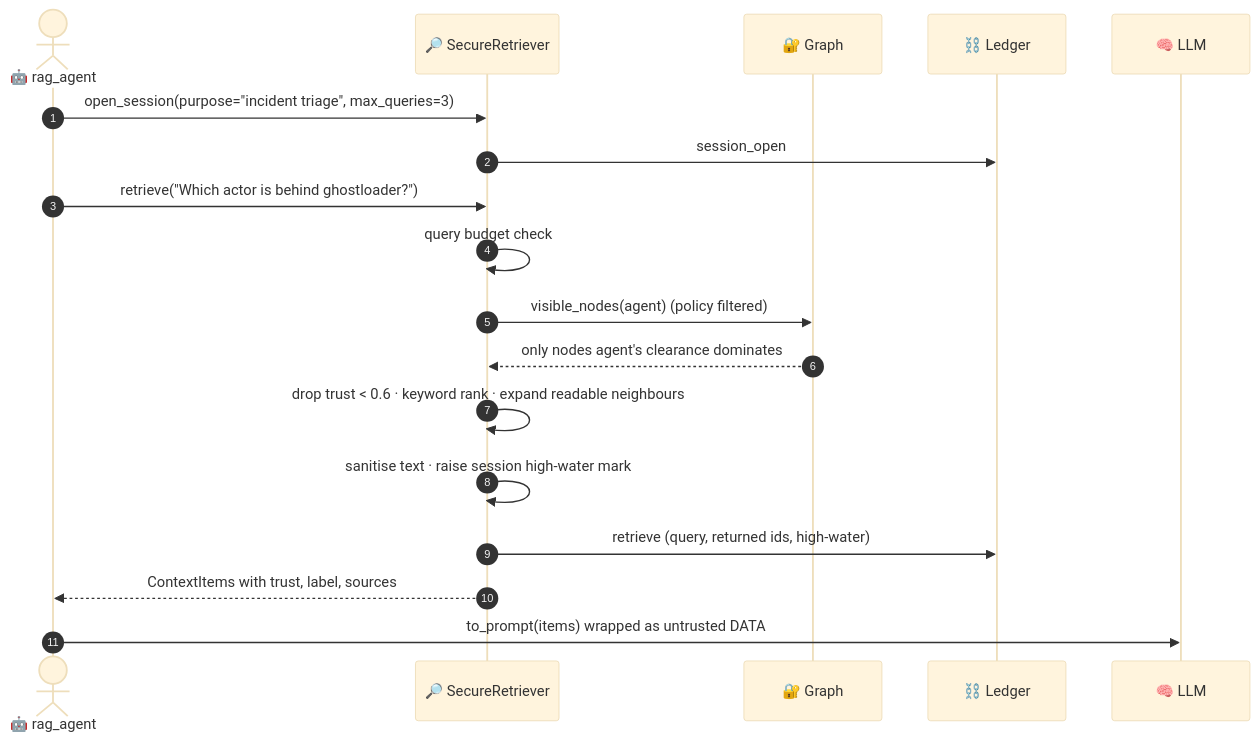
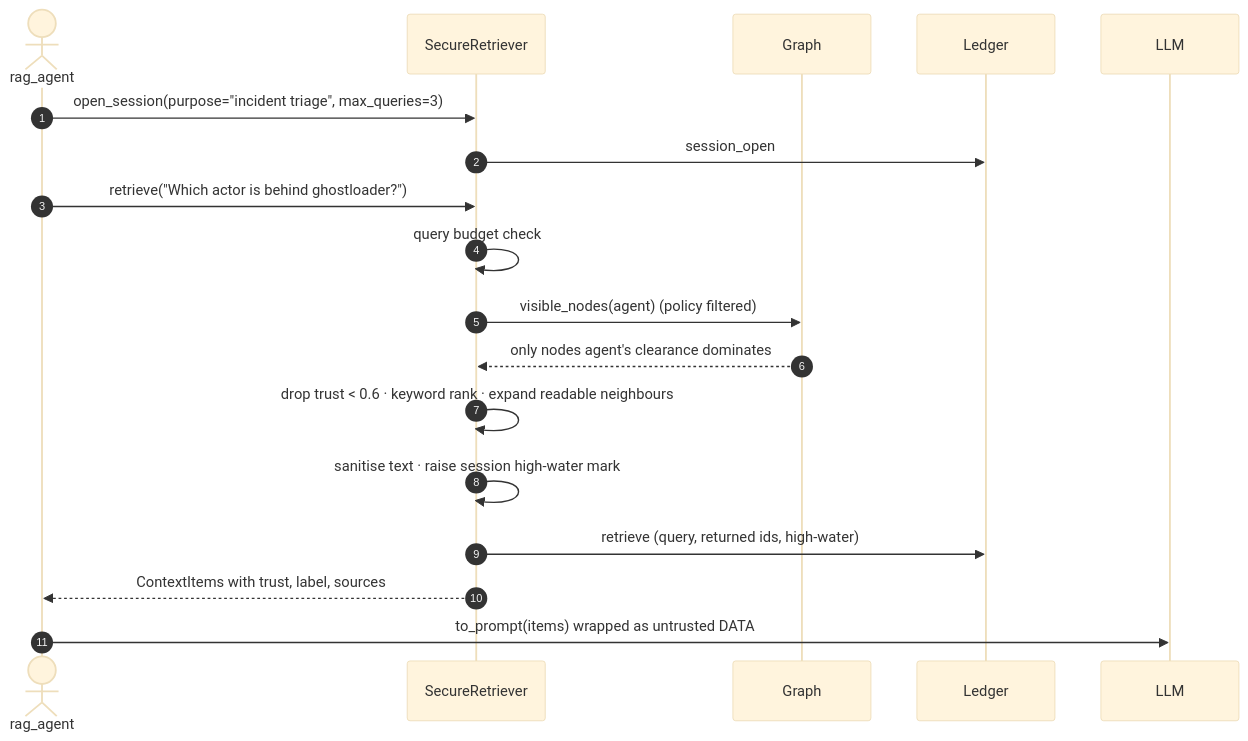
One commit to Prashasthi-18/Secure-Dynamic-Knowledge-Graph changed the tenth of 14 diagrams in README.md. Above: the diagram before and after it, drawn with Mermaid (base theme). The commit also changed other lines of this file and 25 other files, not shown here.

````diff
--- a/README.md
+++ b/README.md
@@ -433,21 +471,21 @@
 ```mermaid
 sequenceDiagram
     autonumber
-    actor Agent as 🤖 rag_agent
-    participant R as 🔎 SecureRetriever
-    participant G as 🔐 Graph
-    participant L as ⛓️ Ledger
-    participant LLM as 🧠 LLM
+    actor Agent as rag_agent
+    participant R as SecureRetriever
+    participant G as Graph
+    participant L as Ledger
+    participant LLM as LLM
 
     Agent->>R: open_session(purpose="incident triage", max_queries=3)
     R->>L: session_open
     Agent->>R: retrieve("Which actor is behind ghostloader?")
     R->>R: query budget check
     R->>G: visible_nodes(agent) (policy filtered)
     G-->>R: only nodes agent's clearance dominates
     R->>R: drop trust < 0.6 · keyword rank · expand readable neighbours
     R->>R: sanitise text · raise session high-water mark
     R->>L: retrieve (query, returned ids, high-water)
     R-->>Agent: ContextItems with trust, label, sources
     Agent->>LLM: to_prompt(items) wrapped as untrusted DATA
 ```
````
